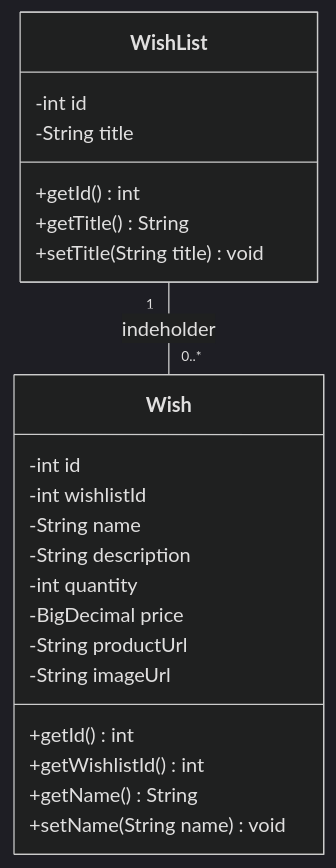
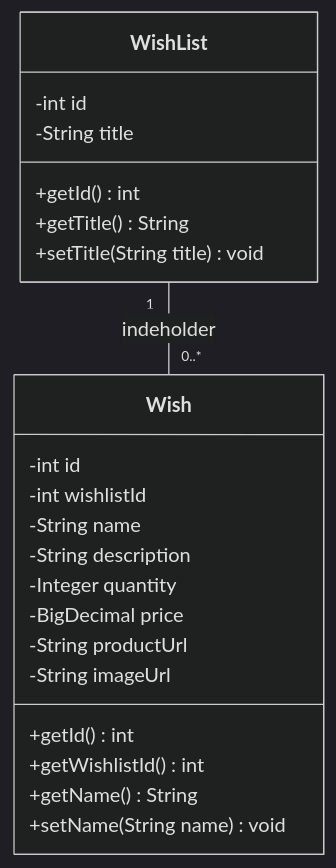
Before and after one commit to alagami-ux/Projekt2_Gruppe_6: the first of 4 diagrams in docs/diagrammer.md, drawn with Mermaid (dark theme). The commit also changed other lines of this file and 5 other files, not shown here.

````diff
--- a/docs/diagrammer.md
+++ b/docs/diagrammer.md
@@ -7,25 +7,25 @@
 ```mermaid
 classDiagram
     class WishList {
         -int id
         -String title
         +getId() int
         +getTitle() String
         +setTitle(String title) void
     }
     class Wish {
         -int id
         -int wishlistId
         -String name
         -String description
-        -int quantity
+        -Integer quantity
         -BigDecimal price
         -String productUrl
         -String imageUrl
         +getId() int
         +getWishlistId() int
         +getName() String
         +setName(String name) void
     }
     WishList "1" -- "0..*" Wish : indeholder
 ```
````
